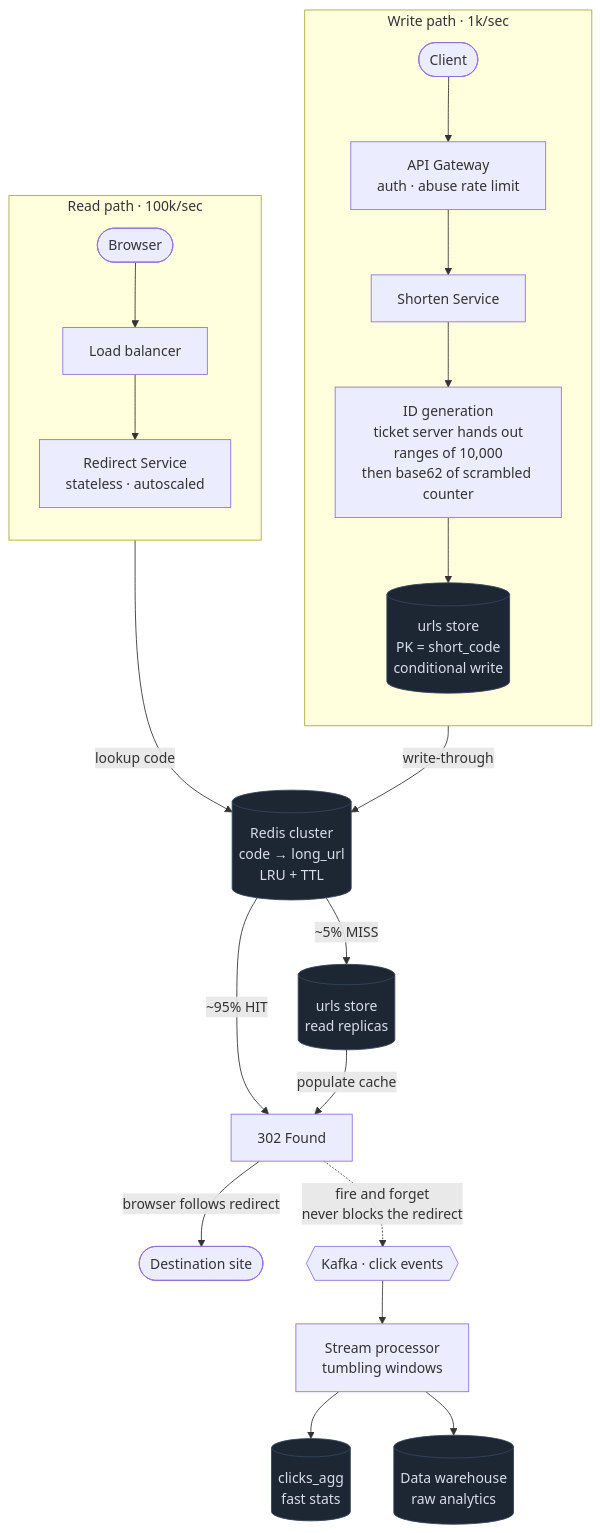
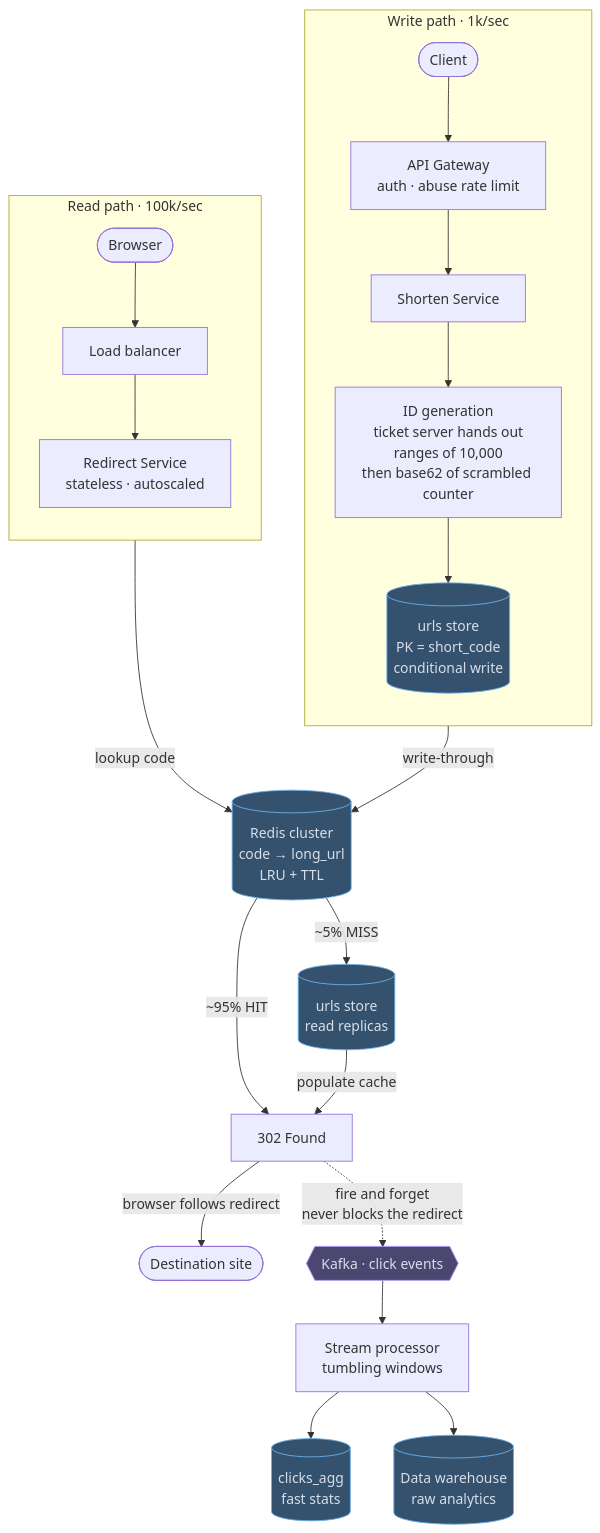
One commit to mertkahyaoglu/atlas changed the diagram in content/designs/03-url-shortener.md. Above: the diagram before and after it, drawn with Mermaid. The commit also changed 16 other files, not shown here.

````diff
--- a/content/designs/03-url-shortener.md
+++ b/content/designs/03-url-shortener.md
@@ -108,36 +108,38 @@
 ```mermaid
 flowchart TB
     subgraph W ["Write path · 1k/sec"]
         direction TB
         Creator([Client]) --> WGW[API Gateway<br/>auth · abuse rate limit]
         WGW --> Shorten[Shorten Service]
         Shorten --> IDGen["ID generation<br/>ticket server hands out<br/>ranges of 10,000<br/>then base62 of scrambled counter"]
         IDGen --> Store[("urls store<br/>PK = short_code<br/>conditional write")]
     end
 
     subgraph R ["Read path · 100k/sec"]
         direction TB
         Browser([Browser]) --> LB[Load balancer]
         LB --> Redirect[Redirect Service<br/>stateless · autoscaled]
     end
 
     Cache[("Redis cluster<br/>code → long_url<br/>LRU + TTL")]
     Store -- "write-through" --> Cache
     Redirect -- "lookup code" --> Cache
     Cache -- "~95% HIT" --> Resp["302 Found"]
     Cache -- "~5% MISS" --> Replica[("urls store<br/>read replicas")]
     Replica -- "populate cache" --> Resp
     Resp -- "browser follows redirect" --> Dest([Destination site])
 
     Resp -. "fire and forget<br/>never blocks the redirect" .-> Clicks{{"Kafka · click events"}}
     Clicks --> Flink["Stream processor<br/>tumbling windows"]
     Flink --> Agg[("clicks_agg<br/>fast stats")]
     Flink --> Warehouse[("Data warehouse<br/>raw analytics")]
 
-    classDef store fill:#1d2734,stroke:#35455a,color:#d7dee8
+    classDef store fill:#34526e,stroke:#6cb2ee,color:#d7dee8
+    classDef queue fill:#4b4771,stroke:#ad94f7,color:#d7dee8
     class Store,Cache,Replica,Agg,Warehouse store
+    class Clicks queue
 
     click Cache href "/docs/04-caching" "Role: answers most redirects from memory, keeping p99 latency low.<br/>Trade-off: deleted or expired links can keep redirecting until the TTL runs out."
     click Clicks href "/docs/05-async-messaging-and-event-driven" "Role: records clicks asynchronously so the redirect never waits on analytics.<br/>Trade-off: stats lag behind, and duplicate events must be tolerated."
     click Flink href "/docs/09-specialized-building-blocks" "Role: rolls raw clicks into windowed counts for the stats API.<br/>Trade-off: late events need watermark handling, so counts at window edges are approximate."
 ```
````
